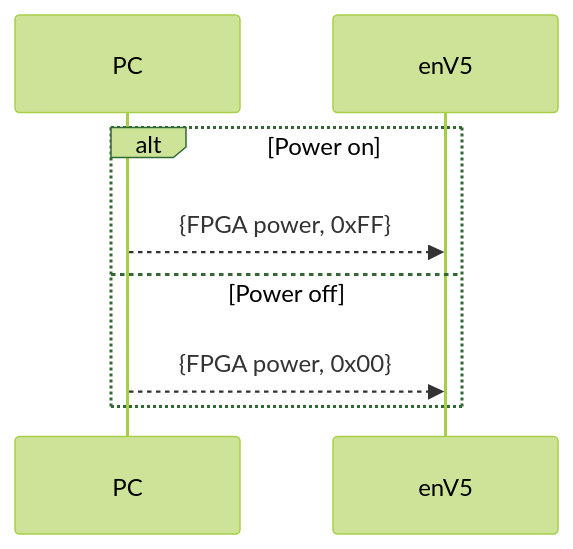
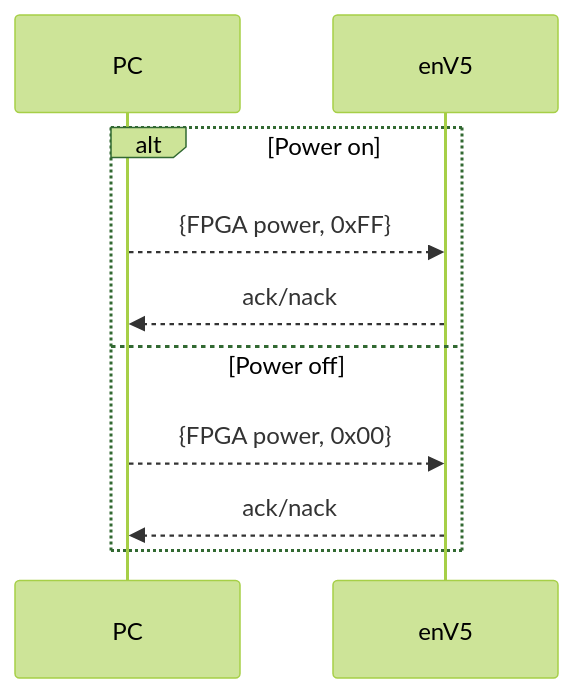
One commit to es-ude/elastic-ai.runtime.enV5 changed the seventh of 11 diagrams in python_utils/elasticai/runtime/env5/usb/README.adoc. Above: the diagram before and after it, drawn with Mermaid (forest theme). The commit also changed other lines of this file, not shown here.

```diff
--- a/python_utils/elasticai/runtime/env5/usb/README.adoc
+++ b/python_utils/elasticai/runtime/env5/usb/README.adoc
@@ -113,9 +126,11 @@
 [mermaid]
 ....
 sequenceDiagram
     alt Power on
     PC-->>enV5: {FPGA power, 0xFF}
+    enV5-->>PC: ack/nack
     else Power off
     PC-->>enV5: {FPGA power, 0x00}
+    enV5-->>PC: ack/nack
     end
 ....
```
